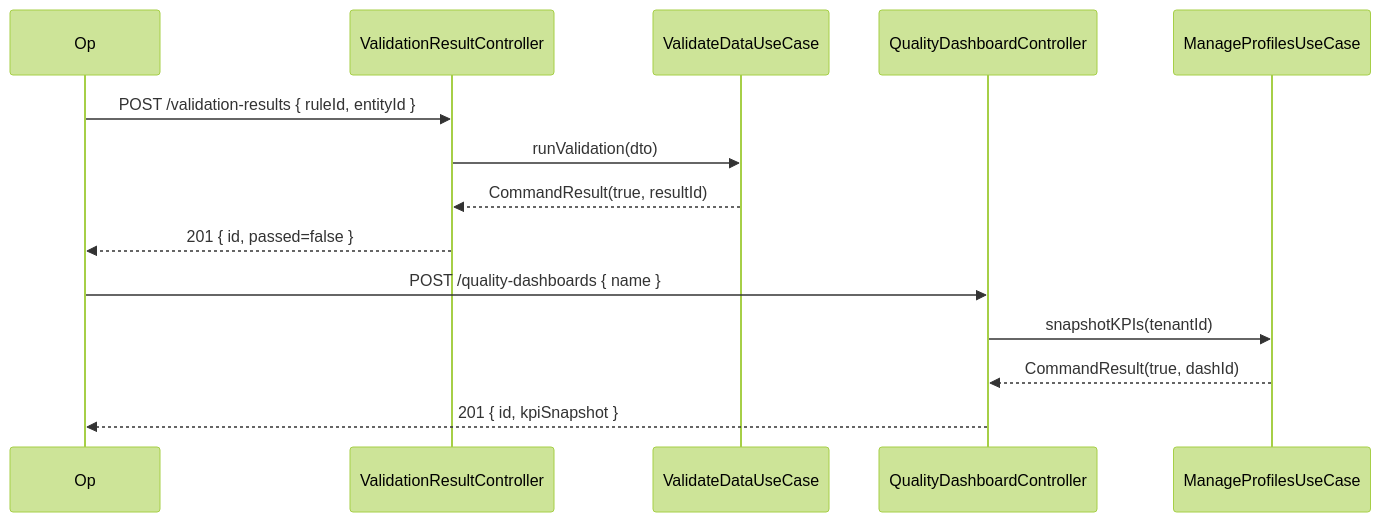
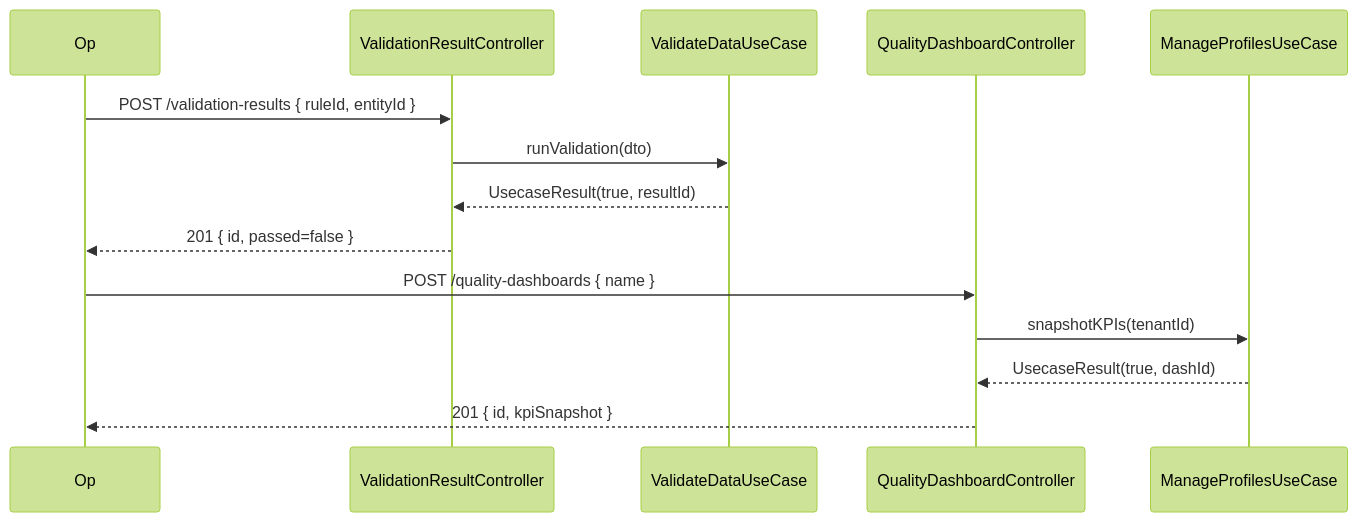
The third of 3 diagrams in failed/data-quality/UML.md (UIMSolutions/uim-platform), drawn with Mermaid (forest theme) before and after one commit. The commit also changed 907 other files, not shown here.

Commit message:
Rename CommandResult

````diff
--- a/failed/data-quality/UML.md
+++ b/failed/data-quality/UML.md
@@ -135,18 +135,18 @@
 ```mermaid
 sequenceDiagram
     participant Op
     participant VRC as ValidationResultController
     participant VUC as ValidateDataUseCase
     participant DBC as QualityDashboardController
     participant DUC as ManageProfilesUseCase
 
     Op->>VRC: POST /validation-results { ruleId, entityId }
     VRC->>VUC: runValidation(dto)
-    VUC-->>VRC: CommandResult(true, resultId)
+    VUC-->>VRC: UsecaseResult(true, resultId)
     VRC-->>Op: 201 { id, passed=false }
 
     Op->>DBC: POST /quality-dashboards { name }
     DBC->>DUC: snapshotKPIs(tenantId)
-    DUC-->>DBC: CommandResult(true, dashId)
+    DUC-->>DBC: UsecaseResult(true, dashId)
     DBC-->>Op: 201 { id, kpiSnapshot }
 ```
````
